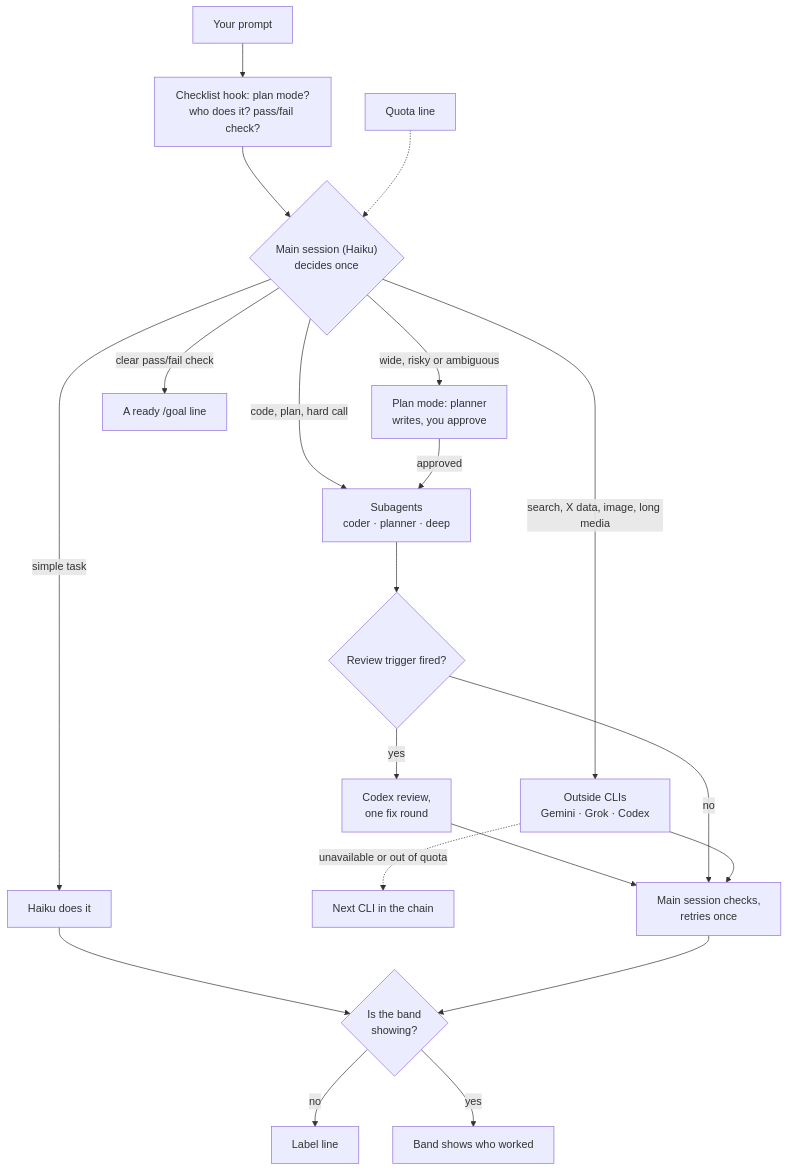
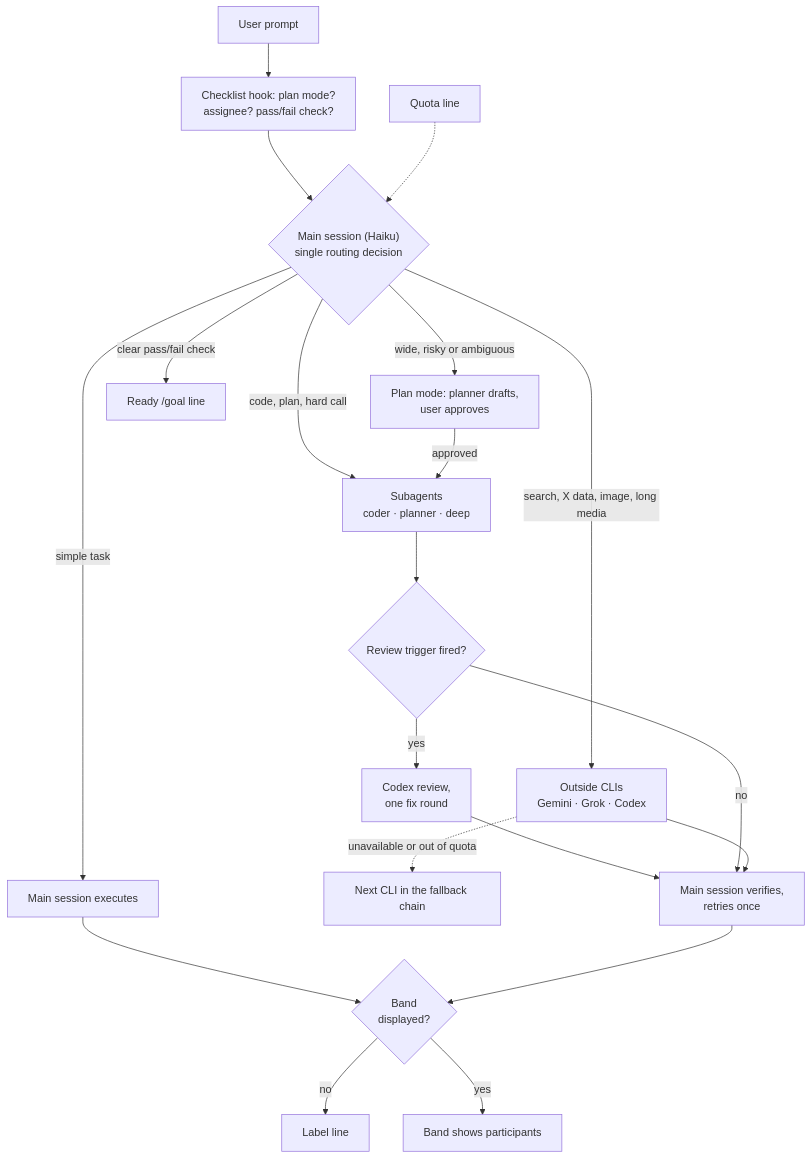
Before and after one commit to Brulek/claude-router: the diagram in README.md, drawn with Mermaid. The commit also changed other lines of this file and 1 other file, not shown here.

````diff
--- a/README.md
+++ b/README.md
@@ -17,37 +19,37 @@
 ```mermaid
 flowchart TD
-    IN["Your prompt"]
-    HOOK["Checklist hook: plan mode?<br/>who does it? pass/fail check?"]
+    IN["User prompt"]
+    HOOK["Checklist hook: plan mode?<br/>assignee? pass/fail check?"]
     QUOTA["Quota line"]
-    TRIAGE{"Main session (Haiku)<br/>decides once"}
-    PLAN["Plan mode: planner<br/>writes, you approve"]
-    GOAL["A ready /goal line"]
-    SELF["Haiku does it"]
+    TRIAGE{"Main session (Haiku)<br/>single routing decision"}
+    PLAN["Plan mode: planner drafts,<br/>user approves"]
+    GOAL["Ready /goal line"]
+    SELF["Main session executes"]
     SUB["Subagents<br/>coder · planner · deep"]
     CLI["Outside CLIs<br/>Gemini · Grok · Codex"]
-    NEXT["Next CLI in the chain"]
+    NEXT["Next CLI in the fallback chain"]
     REV{"Review trigger fired?"}
     CODEX["Codex review,<br/>one fix round"]
-    CHECK["Main session checks,<br/>retries once"]
-    BAND{"Is the band<br/>showing?"}
+    CHECK["Main session verifies,<br/>retries once"]
+    BAND{"Band<br/>displayed?"}
     LABEL["Label line"]
-    SHOWN["Band shows who worked"]
+    SHOWN["Band shows participants"]
 
     IN --> HOOK --> TRIAGE
     QUOTA -.-> TRIAGE
     TRIAGE -->|"wide, risky or ambiguous"| PLAN
     TRIAGE -->|"clear pass/fail check"| GOAL
     TRIAGE -->|"simple task"| SELF
     TRIAGE -->|"code, plan, hard call"| SUB
     TRIAGE -->|"search, X data, image, long media"| CLI
     PLAN -->|"approved"| SUB
     CLI -.->|"unavailable or out of quota"| NEXT
     SUB --> REV
     REV -->|"yes"| CODEX --> CHECK
     REV -->|"no"| CHECK
     CLI --> CHECK
     SELF --> BAND
     CHECK --> BAND
     BAND -->|"no"| LABEL
     BAND -->|"yes"| SHOWN
 ```
````
